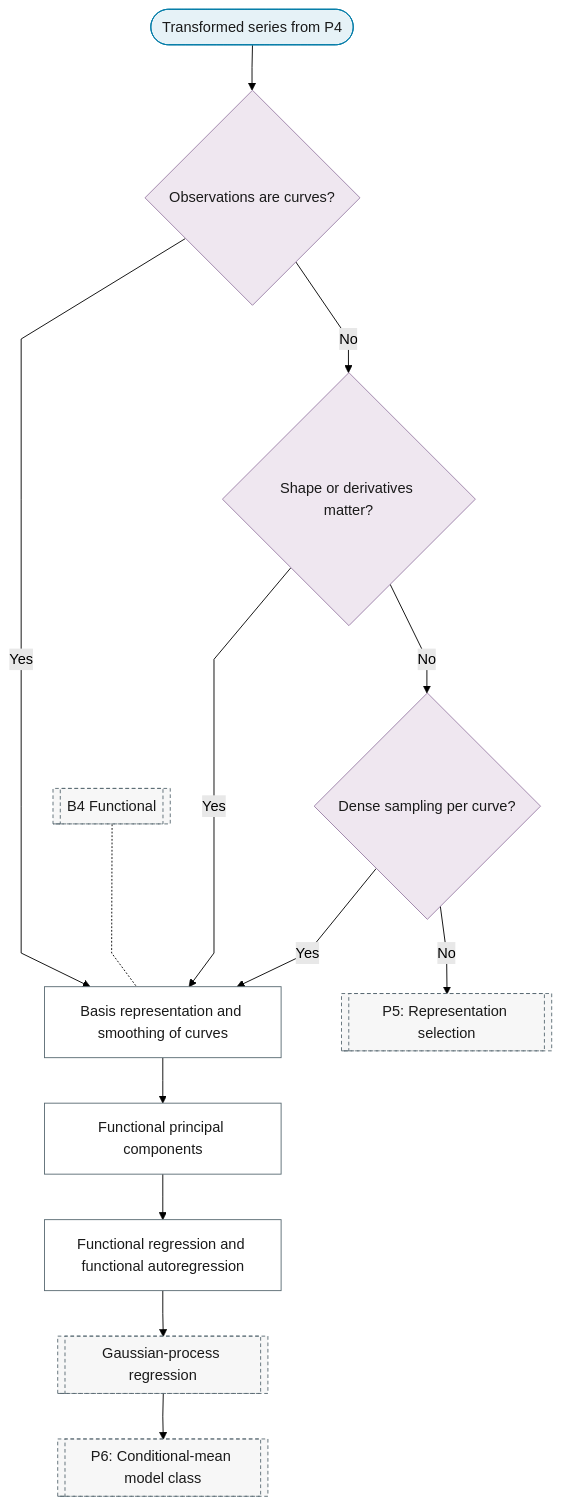
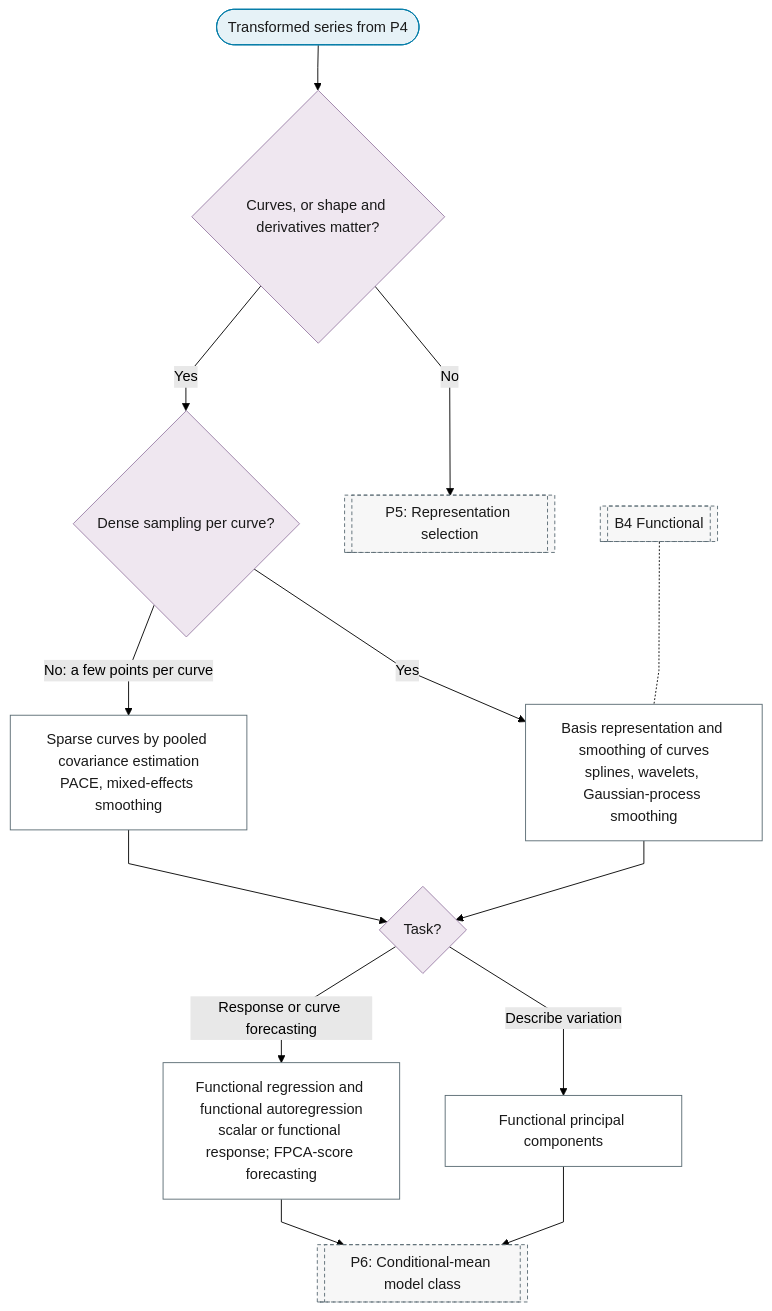
One commit to Shuxin-Y/time-series-analysis-manual changed the diagram in docs/01-workflow/p05-representation/05-functional.md. Above: the diagram before and after it, drawn with Mermaid (forest theme). The commit also changed 8 other files, not shown here.

````diff
--- a/docs/01-workflow/p05-representation/05-functional.md
+++ b/docs/01-workflow/p05-representation/05-functional.md
@@ -7,28 +7,26 @@
 ```mermaid
 %%{init: {"flowchart": {"curve": "linear"}}}%%
 graph TD
-    P5_FN_IN(["Transformed series from P4"]) --> P5_FN_CURVES{"Observations are curves?"}
-    P5_FN_CURVES -->|"Yes"| P5_FN_BASIS["Basis representation and smoothing of curves"]
-    P5_FN_CURVES -->|"No"| P5_FN_SHAPE{"Shape or derivatives matter?"}
-    P5_FN_SHAPE -->|"Yes"| P5_FN_BASIS
-    P5_FN_SHAPE -->|"No"| P5_FN_DENSE{"Dense sampling per curve?"}
-    P5_FN_DENSE -->|"Yes"| P5_FN_BASIS
-    P5_FN_DENSE -->|"No"| P5[["P5: Representation selection"]]
-    P5_FN_BASIS --> P5_FN_FPCA["Functional principal components"]
-    P5_FN_FPCA --> P5_FN_REGRESSION["Functional regression and functional autoregression"]
+    P5_FN_IN(["Transformed series from P4"]) --> P5_FN_CURVES{"Curves, or shape and derivatives matter?"}
+    P5_FN_CURVES -->|"No"| P5[["P5: Representation selection"]]
+    P5_FN_CURVES -->|"Yes"| P5_FN_DENSE{"Dense sampling per curve?"}
+    P5_FN_DENSE -->|"Yes"| P5_FN_BASIS["Basis representation and smoothing of curves<br/>splines, wavelets, Gaussian-process smoothing"]
+    P5_FN_DENSE -->|"No: a few points per curve"| P5_FN_PACE["Sparse curves by pooled covariance estimation<br/>PACE, mixed-effects smoothing"]
+    P5_FN_BASIS & P5_FN_PACE --> P5_FN_TASK{"Task?"}
+    P5_FN_TASK -->|"Describe variation"| P5_FN_FPCA["Functional principal components"]
+    P5_FN_TASK -->|"Response or curve forecasting"| P5_FN_REGRESSION["Functional regression and functional autoregression<br/>scalar or functional response; FPCA-score forecasting"]
+    P5_FN_FPCA & P5_FN_REGRESSION --> P6[["P6: Conditional-mean model class"]]
     B4[["B4 Functional"]] -.- P5_FN_BASIS
-    P5_FN_REGRESSION --> P6_GAUSSIAN_PROCESS[["Gaussian-process regression"]]
-    P6_GAUSSIAN_PROCESS --> P6[["P6: Conditional-mean model class"]]
     class P5_FN_IN terminator
-    class P5_FN_CURVES,P5_FN_SHAPE,P5_FN_DENSE decision
-    class P5_FN_BASIS,P5_FN_FPCA,P5_FN_REGRESSION process
-    class P5,B4,P6_GAUSSIAN_PROCESS,P6 ref
+    class P5_FN_CURVES,P5_FN_DENSE,P5_FN_TASK decision
+    class P5_FN_BASIS,P5_FN_PACE,P5_FN_FPCA,P5_FN_REGRESSION process
+    class P5,B4,P6 ref
     classDef terminator fill:#E6F2F7,stroke:#007BA7,color:#1A1A1A;
     classDef process fill:#FFFFFF,stroke:#5A6B73,color:#1A1A1A;
     classDef decision fill:#EFE7F0,stroke:#9B7FA7,color:#1A1A1A;
     classDef data fill:#FFF4E0,stroke:#C9A55E,color:#1A1A1A;
     classDef good fill:#DCEFD8,stroke:#4A7A3F,color:#1A1A1A;
     classDef escalate fill:#FFE9C2,stroke:#C9A55E,color:#1A1A1A;
     classDef problem fill:#F2D9DE,stroke:#800020,color:#1A1A1A;
     classDef ref fill:#F7F7F7,stroke:#5A6B73,color:#1A1A1A,stroke-dasharray:4 3;
 ```
````
